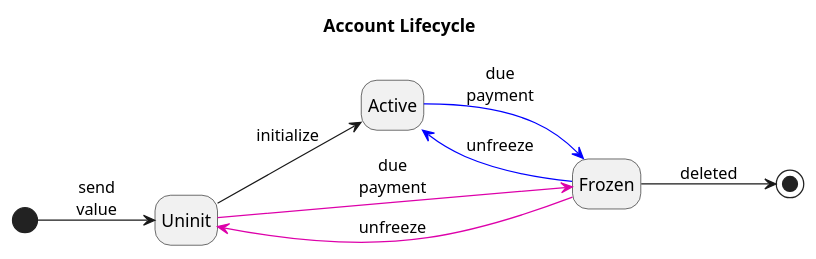
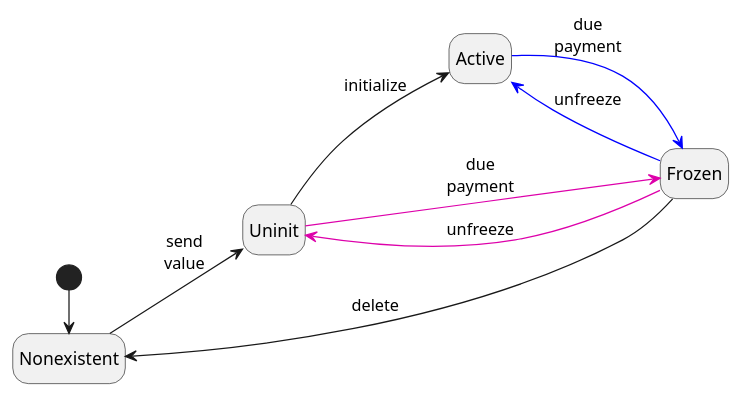
Before and after one commit to EverscaleGuild/executorspec: the diagram in src/spec.org, drawn with PlantUML. The commit also changed other lines of this file and 1 other file, not shown here.

```diff
--- a/src/spec.org
+++ b/src/spec.org
@@ -270,15 +270,16 @@
-   #+begin_src plantuml :file ./img/my-diagram.svg
-      hide empty description
-      left to right direction
-      title Account Lifecycle
-      [*] --> Uninit : send\nvalue
-      ' Uninit : Initial state of the account
-      Uninit --> Active : initialize
-      Uninit -[#DD00AA]-> Frozen : due\npayment
-      '  Active : Normal message processing
-      Active -[#blue]-> Frozen : due\npayment
-      '  Frozen : Unfreeze message only
-      Frozen -[#blue]-> Active : unfreeze
-      Frozen -[#DD00AA]-> Uninit : unfreeze
-      Frozen --> [*] : deleted
+   #+begin_src plantuml :results silent :file "../img/account_lifecycle.svg"
+     skinparam backgroundColor transparent
+     hide empty description
+     left to right direction
+     [*] -> Nonexistent
+     Nonexistent --> Uninit : send\nvalue
+     ' Uninit : Initial state of the account
+     Uninit --> Active : initialize
+     Uninit -[#DD00AA]-> Frozen : due\npayment
+     '  Active : Normal message processing
+     Active -[#blue]-> Frozen : due\npayment
+     '  Frozen : Unfreeze message only
+     Frozen -[#blue]-> Active : unfreeze
+     Frozen -[#DD00AA]-> Uninit : unfreeze
+     Frozen --> Nonexistent : delete
    #+end_src
```
